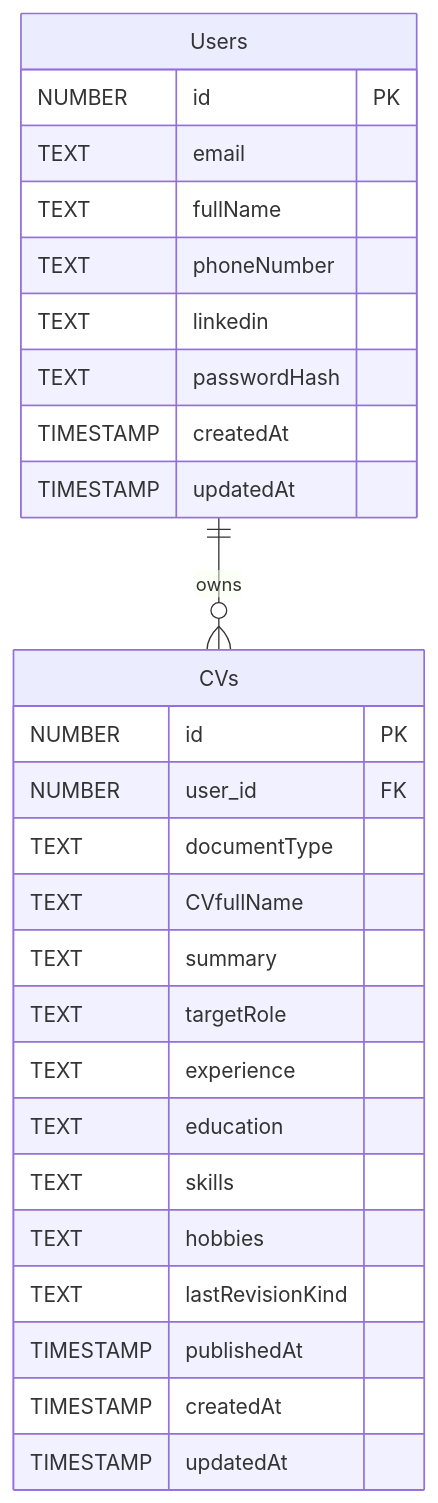
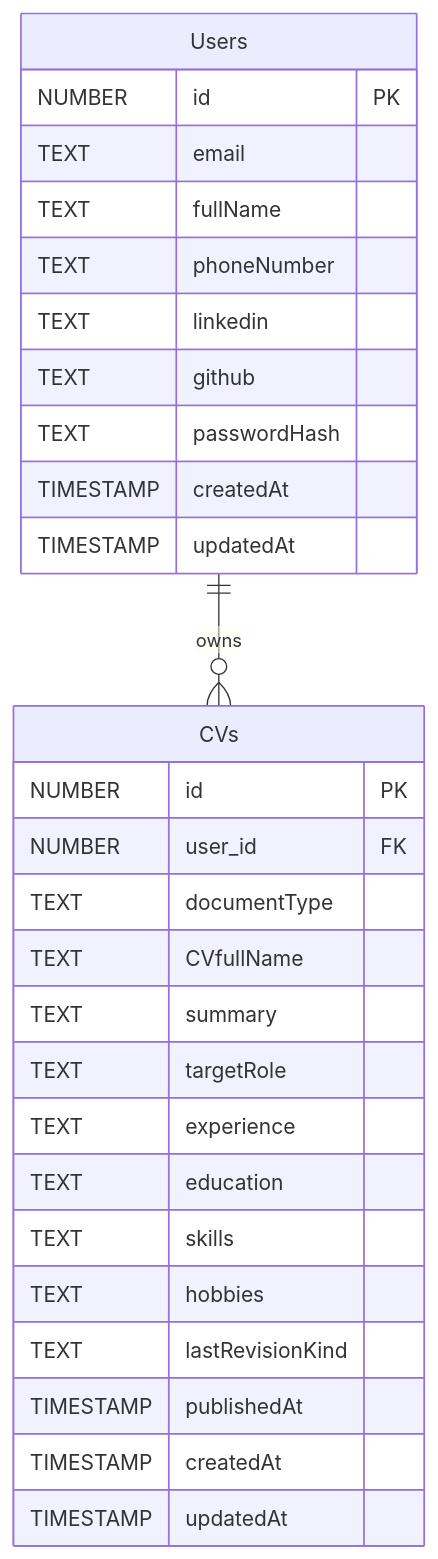
Before and after one commit to zachariaswik/Cevvy_classProj: the diagram in database/diagram.md, drawn with Mermaid.

Commit message:
update diagram with github

````diff
--- a/database/diagram.md
+++ b/database/diagram.md
@@ -3,32 +3,33 @@
 ```mermaid
 erDiagram
     Users {
         NUMBER id PK
         TEXT email
         TEXT fullName
         TEXT phoneNumber
         TEXT linkedin
+        TEXT github
         TEXT passwordHash
         TIMESTAMP createdAt
         TIMESTAMP updatedAt
     }
 
     CVs {
         NUMBER id PK
         NUMBER user_id FK
         TEXT documentType
         TEXT CVfullName
         TEXT summary
         TEXT targetRole
         TEXT experience
         TEXT education
         TEXT skills
         TEXT hobbies
         TEXT lastRevisionKind
         TIMESTAMP publishedAt
         TIMESTAMP createdAt
         TIMESTAMP updatedAt
     }
 
     Users ||--o{ CVs : "owns"
 ```
````
